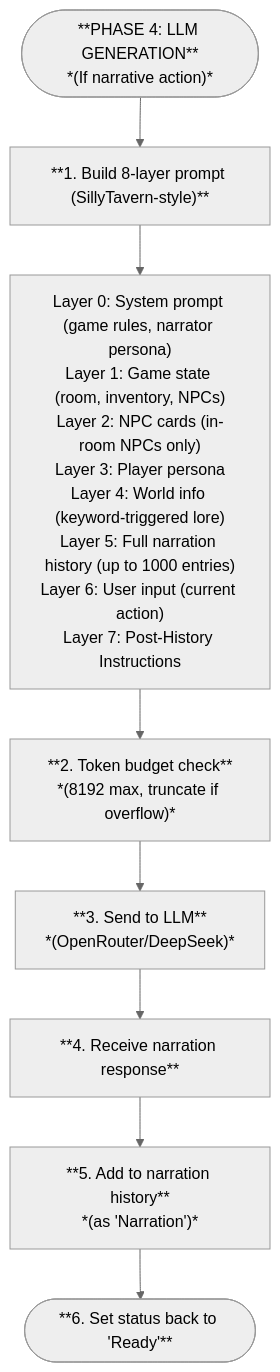
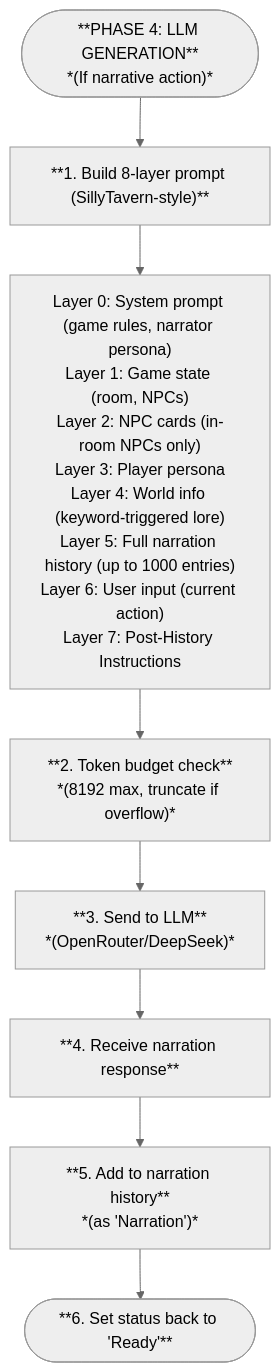
Before and after one commit to notsonormal/chronicler-engine: the second of 3 diagrams in chronicler_engine/docs/system/game_flow.md, drawn with Mermaid (neutral theme). The commit also changed other lines of this file and 30 other files, not shown here.

````diff
--- a/chronicler_engine/docs/system/game_flow.md
+++ b/chronicler_engine/docs/system/game_flow.md
@@ -46,21 +46,21 @@
 ```mermaid
 flowchart TD
     Start(["**PHASE 4: LLM GENERATION**<br>*(If narrative action)*"])
     
     Step1["**1. Build 8-layer prompt (SillyTavern-style)**"]
-    Sub1["Layer 0: System prompt (game rules, narrator persona)<br>Layer 1: Game state (room, inventory, NPCs)<br>Layer 2: NPC cards (in-room NPCs only)<br>Layer 3: Player persona<br>Layer 4: World info (keyword-triggered lore)<br>Layer 5: Full narration history (up to 1000 entries)<br>Layer 6: User input (current action)<br>Layer 7: Post-History Instructions"]
+    Sub1["Layer 0: System prompt (game rules, narrator persona)<br>Layer 1: Game state (room, NPCs)<br>Layer 2: NPC cards (in-room NPCs only)<br>Layer 3: Player persona<br>Layer 4: World info (keyword-triggered lore)<br>Layer 5: Full narration history (up to 1000 entries)<br>Layer 6: User input (current action)<br>Layer 7: Post-History Instructions"]
     
     Step2["**2. Token budget check**<br>*(8192 max, truncate if overflow)*"]
     Step3["**3. Send to LLM**<br>*(OpenRouter/DeepSeek)*"]
     Step4["**4. Receive narration response**"]
     Step5["**5. Add to narration history**<br>*(as 'Narration')*"]
     Step6(["**6. Set status back to 'Ready'**"])
 
     Start --> Step1
     Step1 --> Sub1
     Sub1 --> Step2
     Step2 --> Step3
     Step3 --> Step4
     Step4 --> Step5
     Step5 --> Step6
 ```
````
